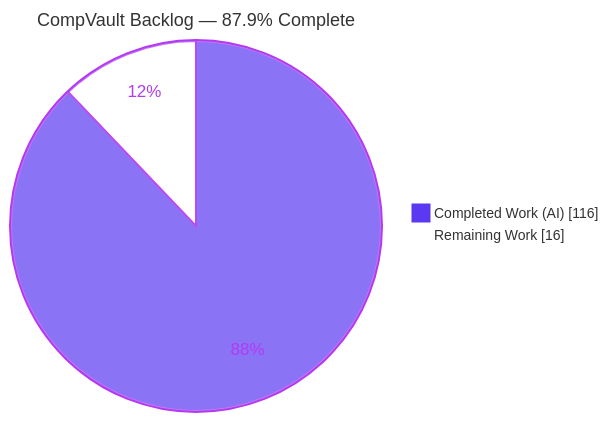
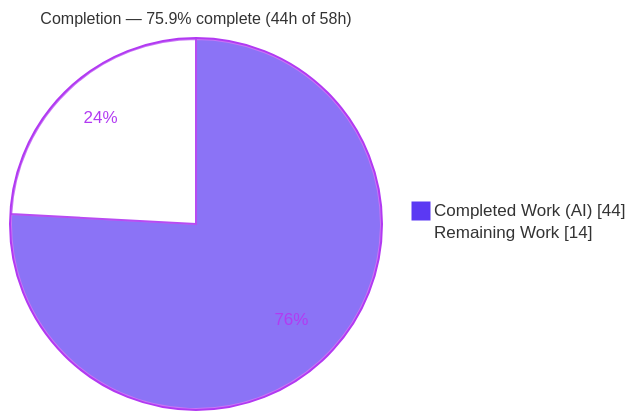
The first of 3 diagrams in blitzy/documentation/Project Guide.md (gblitzy/compvault), drawn with Mermaid before and after one commit. The commit also changed other lines of this file, not shown here.

Commit message:
Adding Blitzy Project Guide: Project Status and Human Tasks Remaining

````diff
--- a/blitzy/documentation/Project Guide.md
+++ b/blitzy/documentation/Project Guide.md
@@ -19,6 +20,6 @@
 ```mermaid
-%%{init: {'theme':'base', 'themeVariables': {'pie1':'#5B39F3','pie2':'#FFFFFF','pieStrokeColor':'#B23AF2','pieOuterStrokeColor':'#B23AF2','pieSectionTextColor':'#B23AF2','pieTitleTextSize':'18px','pieLegendTextSize':'14px'}}}%%
-pie showData title CompVault Backlog — 87.9% Complete
-    "Completed Work (AI)" : 116
-    "Remaining Work" : 16
+%%{init: {'theme':'base', 'themeVariables': {'pie1':'#5B39F3','pie2':'#FFFFFF','pieStrokeColor':'#B23AF2','pieStrokeWidth':'2px','pieOuterStrokeColor':'#B23AF2','pieOuterStrokeWidth':'2px','pieTitleTextSize':'16px','pieSectionTextColor':'#B23AF2','pieLegendTextColor':'#333'}}}%%
+pie showData title Completion — 75.9% complete (44h of 58h)
+    "Completed Work (AI)" : 44
+    "Remaining Work" : 14
 ```
````
